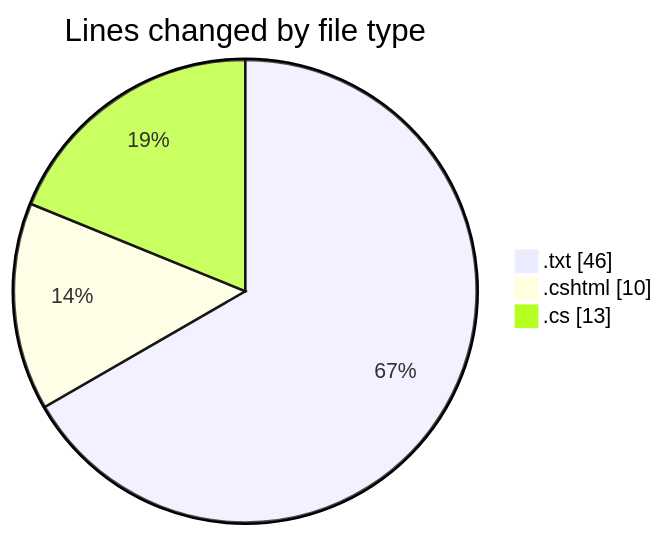
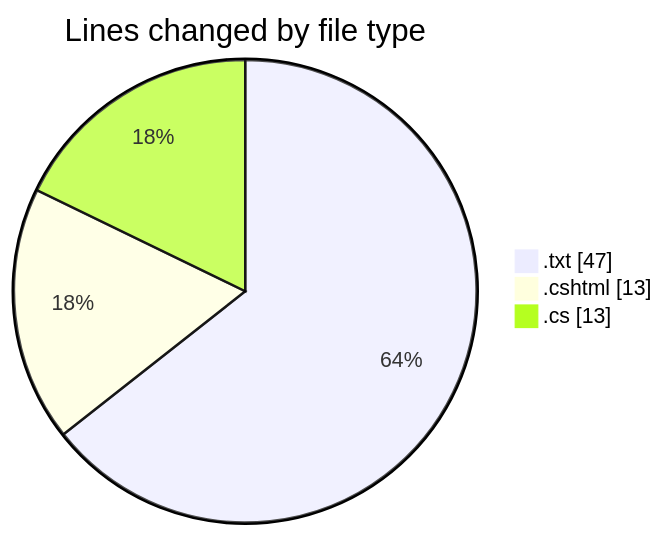
The first of 2 diagrams in 2025-07-25/quanlyrapchieuphim-1/README.md (lephambinh05/code-tracking), drawn with Mermaid before and after one commit. The commit also changed other lines of this file and 1 other file, not shown here.

````diff
--- a/2025-07-25/quanlyrapchieuphim-1/README.md
+++ b/2025-07-25/quanlyrapchieuphim-1/README.md
@@ -22,7 +22,7 @@
 ```mermaid
 pie showData
 title Lines changed by file type
-".txt" : 46
-".cshtml" : 10
+".txt" : 47
+".cshtml" : 13
 ".cs" : 13
 ```
````
